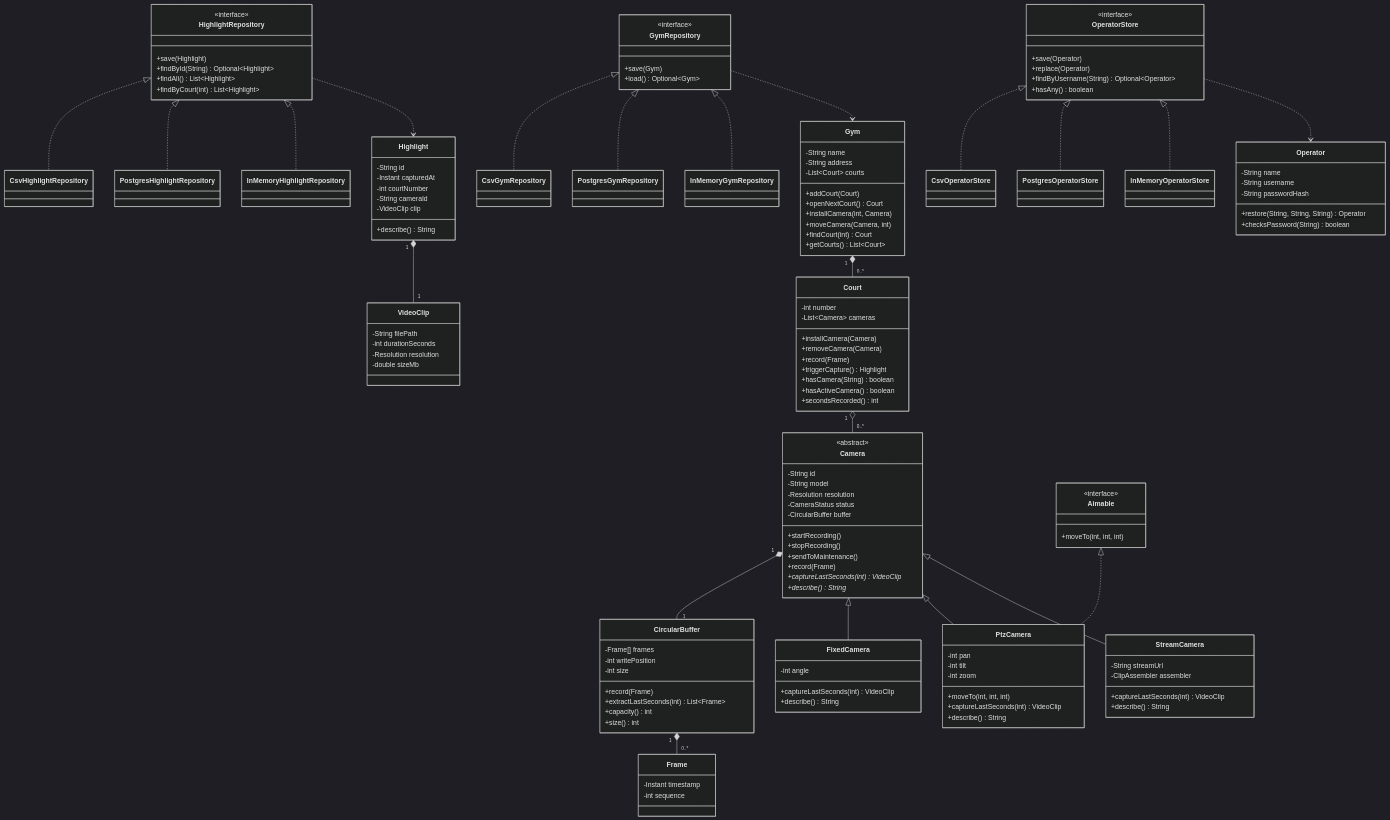
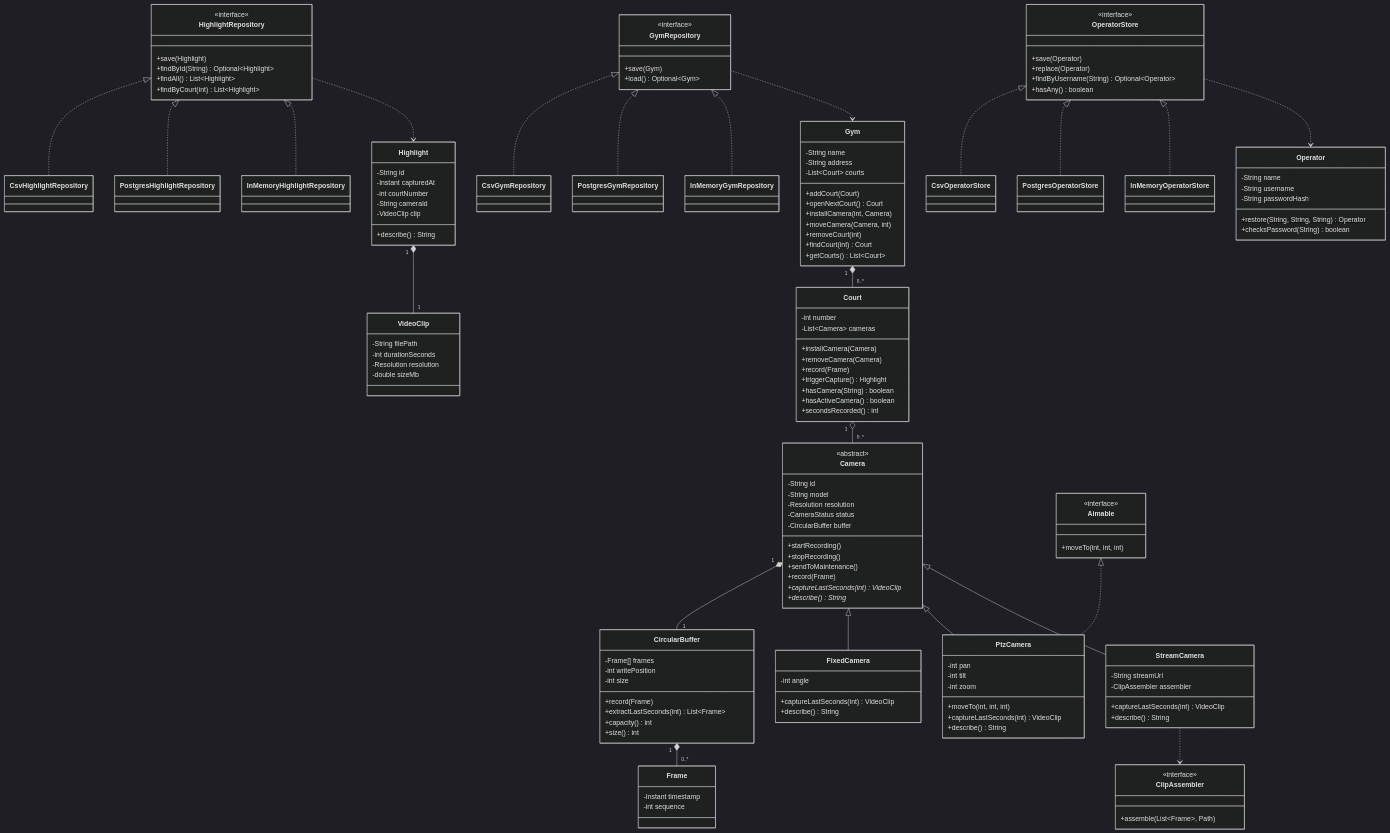
One commit to lorenzoficher/VarZinho changed the diagram in docs/DOMAIN-MODEL.md. Above: the diagram before and after it, drawn with Mermaid (dark theme). The commit also changed other lines of this file, not shown here.

Commit message:
add the clip assembler and court removal to the domain model

```diff
--- a/docs/DOMAIN-MODEL.md
+++ b/docs/DOMAIN-MODEL.md
@@ -15,6 +15,7 @@
         +openNextCourt() Court
         +installCamera(int, Camera)
         +moveCamera(Camera, int)
+        +removeCourt(int)
         +findCourt(int) Court
         +getCourts() List~Court~
     }
@@ -64,6 +65,11 @@
     class Aimable {
         <<interface>>
         +moveTo(int, int, int)
+    }
+
+    class ClipAssembler {
+        <<interface>>
+        +assemble(List~Frame~, Path)
     }
 
     class StreamCamera {
@@ -152,6 +158,7 @@
     Camera <|-- PtzCamera
     Camera <|-- StreamCamera
     Aimable <|.. PtzCamera
+    StreamCamera ..> ClipAssembler
     Highlight "1" *-- "1" VideoClip
     HighlightRepository <|.. CsvHighlightRepository
     HighlightRepository <|.. PostgresHighlightRepository
```
